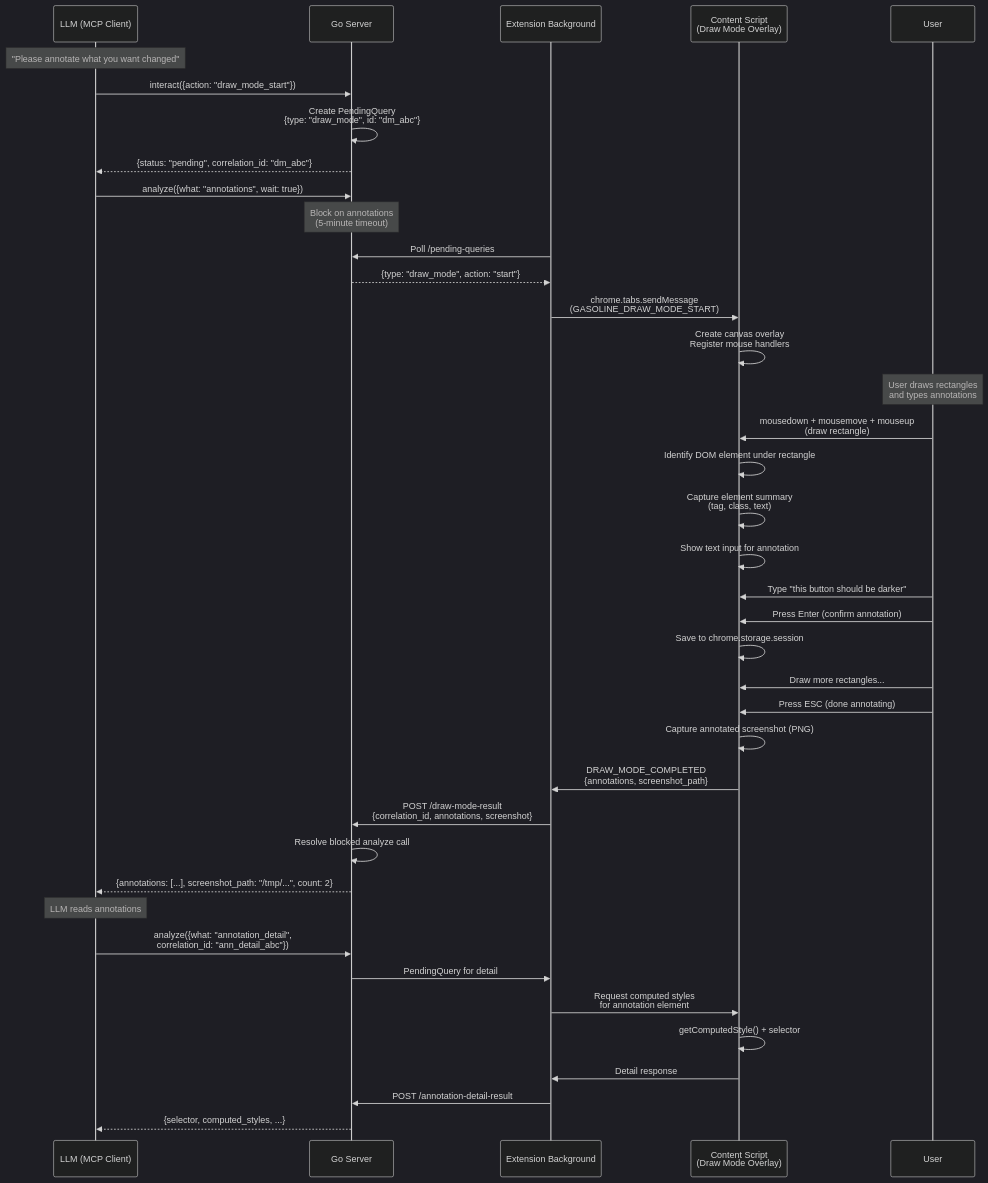
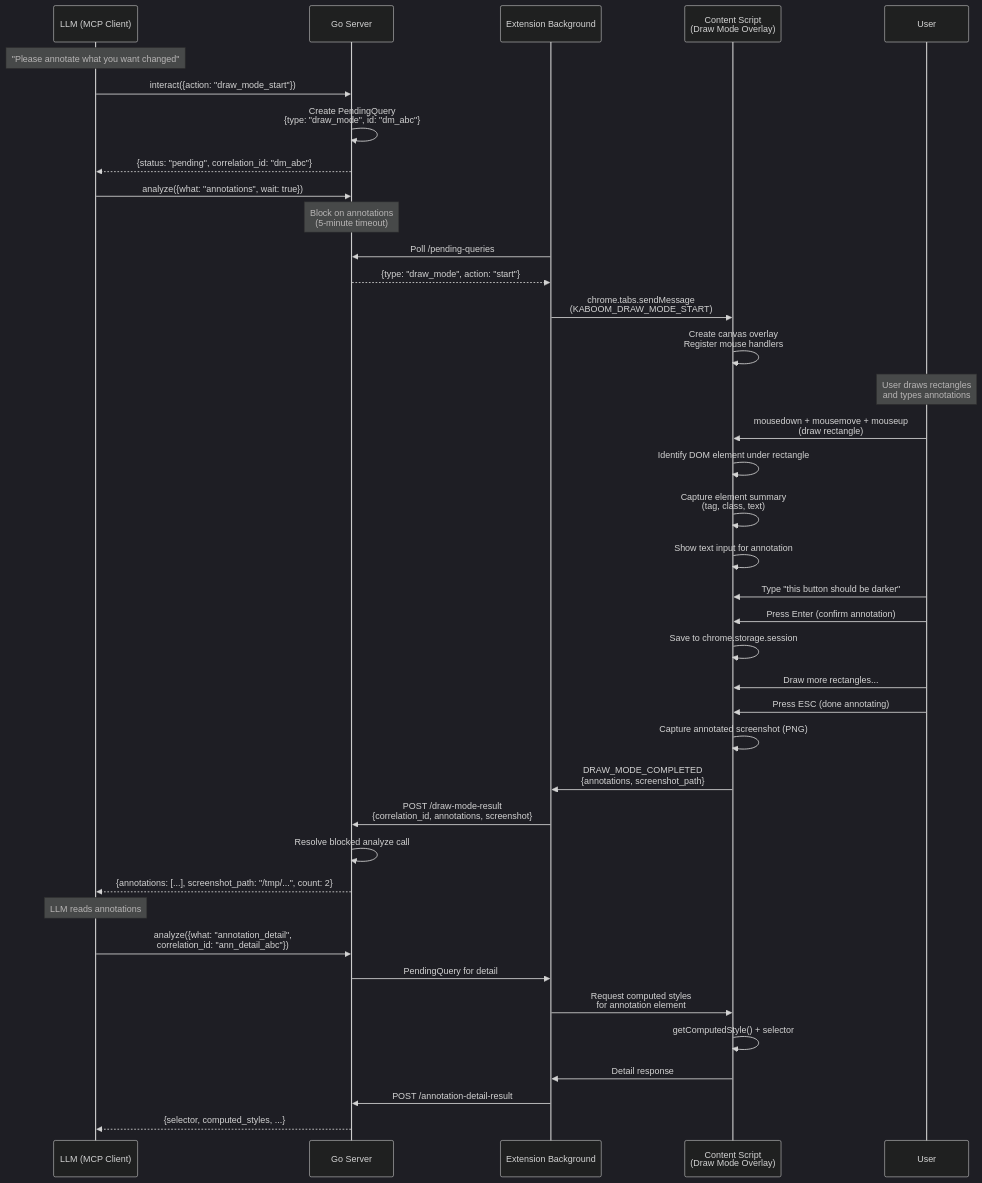
The first of 3 diagrams in docs/features/draw-mode/tech-spec.md (brennhill/gasoline-mcp-ai-devtools), drawn with Mermaid (dark theme) before and after one commit. The commit also changed other lines of this file and 1983 other files, not shown here.

````diff
--- a/docs/features/draw-mode/tech-spec.md
+++ b/docs/features/draw-mode/tech-spec.md
@@ -50,53 +50,53 @@
 ```mermaid
 sequenceDiagram
     participant LLM as LLM (MCP Client)
     participant Server as Go Server
     participant BG as Extension Background
     participant CS as Content Script<br/>(Draw Mode Overlay)
     participant User as User
 
     Note over LLM: "Please annotate what you want changed"
 
     LLM->>Server: interact({action: "draw_mode_start"})
     Server->>Server: Create PendingQuery<br/>{type: "draw_mode", id: "dm_abc"}
     Server-->>LLM: {status: "pending", correlation_id: "dm_abc"}
 
     LLM->>Server: analyze({what: "annotations", wait: true})
     Note over Server: Block on annotations<br/>(5-minute timeout)
 
     BG->>Server: Poll /pending-queries
     Server-->>BG: {type: "draw_mode", action: "start"}
-    BG->>CS: chrome.tabs.sendMessage<br/>(GASOLINE_DRAW_MODE_START)
+    BG->>CS: chrome.tabs.sendMessage<br/>(KABOOM_DRAW_MODE_START)
     CS->>CS: Create canvas overlay<br/>Register mouse handlers
 
     Note over User: User draws rectangles<br/>and types annotations
 
     User->>CS: mousedown + mousemove + mouseup<br/>(draw rectangle)
     CS->>CS: Identify DOM element under rectangle
     CS->>CS: Capture element summary<br/>(tag, class, text)
     CS->>CS: Show text input for annotation
 
     User->>CS: Type "this button should be darker"
     User->>CS: Press Enter (confirm annotation)
     CS->>CS: Save to chrome.storage.session
 
     User->>CS: Draw more rectangles...
 
     User->>CS: Press ESC (done annotating)
     CS->>CS: Capture annotated screenshot (PNG)
     CS->>BG: DRAW_MODE_COMPLETED<br/>{annotations, screenshot_path}
     BG->>Server: POST /draw-mode-result<br/>{correlation_id, annotations, screenshot}
 
     Server->>Server: Resolve blocked analyze call
     Server-->>LLM: {annotations: [...], screenshot_path: "/tmp/...", count: 2}
 
     Note over LLM: LLM reads annotations
 
     LLM->>Server: analyze({what: "annotation_detail",<br/>correlation_id: "ann_detail_abc"})
     Server->>BG: PendingQuery for detail
     BG->>CS: Request computed styles<br/>for annotation element
     CS->>CS: getComputedStyle() + selector
     CS->>BG: Detail response
     BG->>Server: POST /annotation-detail-result
     Server-->>LLM: {selector, computed_styles, ...}
 ```
````
